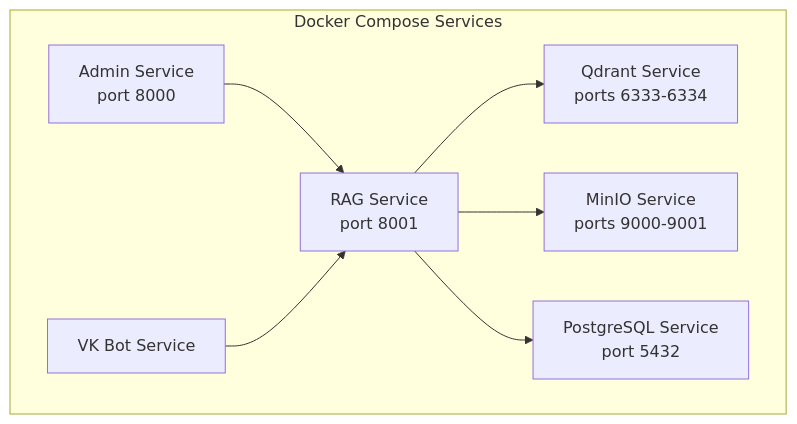
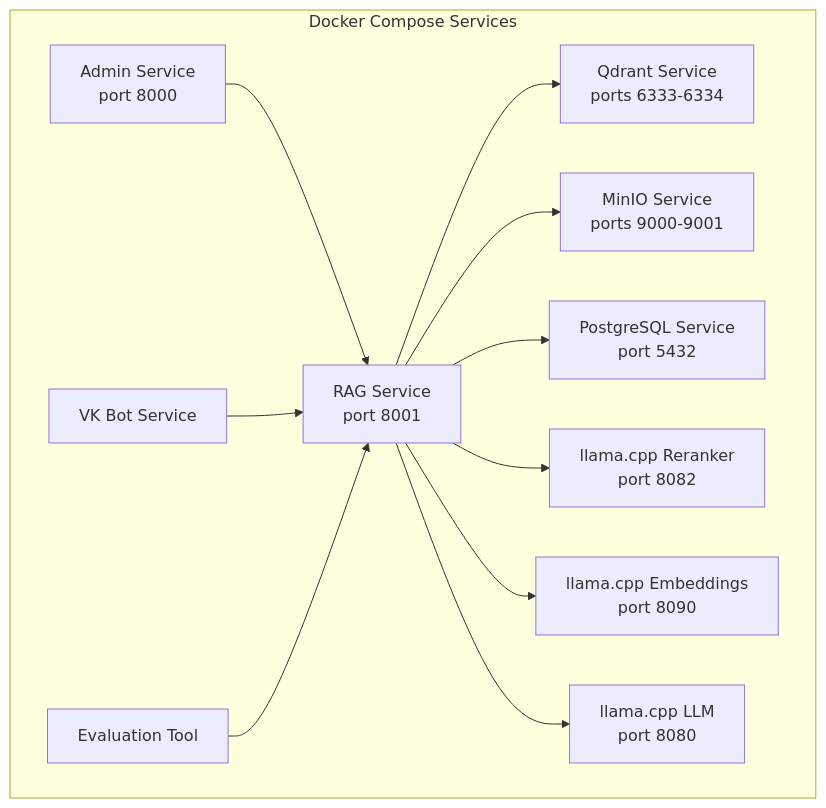
One commit to ognelis/cafetera_hr_bot changed diagram 22 of 23 in .qoder/repowiki/en/content/API Reference/RAG Microservice Architecture.md. Above: the diagram before and after it, drawn with Mermaid. The commit also changed other lines of this file and 51 other files, not shown here.

````diff
--- a/.qoder/repowiki/en/content/API Reference/RAG Microservice Architecture.md
+++ b/.qoder/repowiki/en/content/API Reference/RAG Microservice Architecture.md
@@ -634,16 +1076,24 @@
 ```mermaid
 graph TB
 subgraph "Docker Compose Services"
 QDRANT["Qdrant Service<br/>ports 6333-6334"]
 MINIO["MinIO Service<br/>ports 9000-9001"]
 PG["PostgreSQL Service<br/>port 5432"]
 RAG["RAG Service<br/>port 8001"]
 ADMIN["Admin Service<br/>port 8000"]
 VK["VK Bot Service"]
+EVAL["Evaluation Tool"]
+LLAMACPP_RERANKER["llama.cpp Reranker<br/>port 8082"]
+LLAMACPP_EMBEDDINGS["llama.cpp Embeddings<br/>port 8090"]
+LLAMACPP_LLM["llama.cpp LLM<br/>port 8080"]
 end
 RAG --> QDRANT
 RAG --> MINIO
 RAG --> PG
 ADMIN --> RAG
 VK --> RAG
+EVAL --> RAG
+RAG --> LLAMACPP_RERANKER
+RAG --> LLAMACPP_EMBEDDINGS
+RAG --> LLAMACPP_LLM
 ```
````
